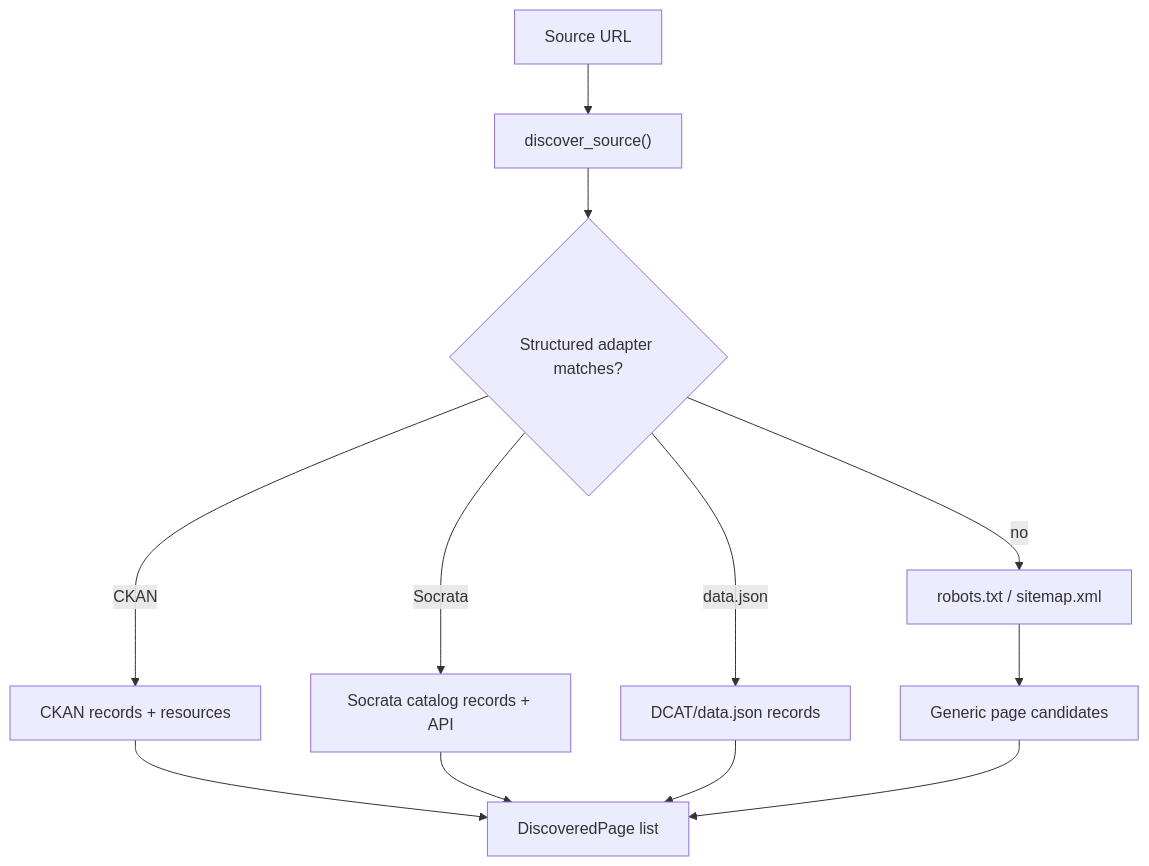
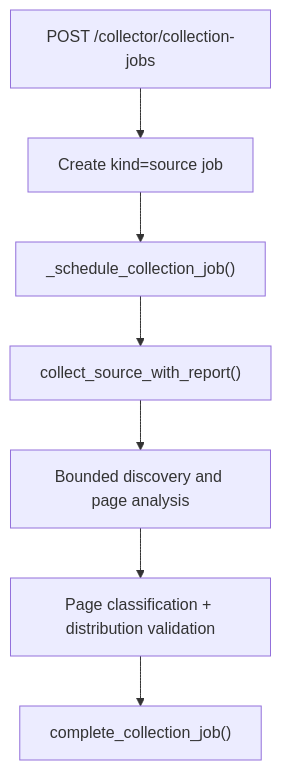
One commit to nicolasberlin/global-health-dataset-catalog changed the fourth of 4 diagrams in docs/collector-pipeline-diagram.md. Above: the diagram before and after it, drawn with Mermaid. The commit also changed other lines of this file and 37 other files, not shown here.

````diff
--- a/docs/collector-pipeline-diagram.md
+++ b/docs/collector-pipeline-diagram.md
@@ -151,14 +96,9 @@
 ```mermaid
 flowchart TD
-    SourceURL["Source URL"] --> Manager["discover_source()"]
-    Manager --> Structured{"Structured adapter matches?"}
-    Structured -->|CKAN| CKAN["CKAN records + resources"]
-    Structured -->|Socrata| Socrata["Socrata catalog records + API"]
-    Structured -->|data.json| DataJSON["DCAT/data.json records"]
-    Structured -->|no| Sitemap["robots.txt / sitemap.xml"]
-    Sitemap --> Generic["Generic page candidates"]
-    CKAN --> Pages["DiscoveredPage list"]
-    Socrata --> Pages
-    DataJSON --> Pages
-    Generic --> Pages
+    Start["POST /collector/collection-jobs"] --> Pending["Create kind=source job"]
+    Pending --> Schedule["_schedule_collection_job()"]
+    Schedule --> Discover["collect_source_with_report()"]
+    Discover --> Pages["Bounded discovery and page analysis"]
+    Pages --> Gates["Page classification + distribution validation"]
+    Gates --> Complete["complete_collection_job()"]
 ```
````
